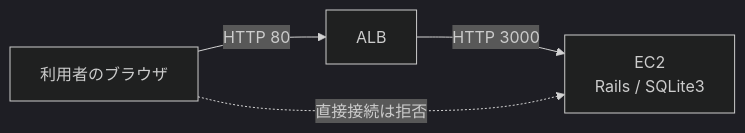
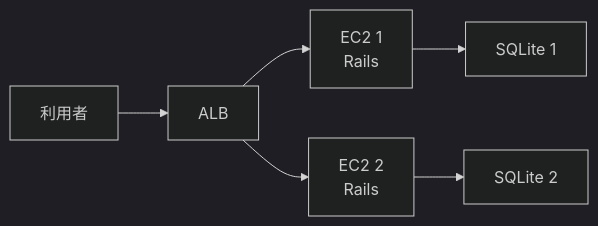
Before and after one commit to TORIFUKUKaiou/rails-dojo-year2-content: the first of 8 diagrams in 12/orientation.md, drawn with Mermaid (dark theme). The commit also changed other lines of this file, not shown here.

````diff
--- a/12/orientation.md
+++ b/12/orientation.md
@@ -25,6 +27,8 @@
 ```mermaid
 flowchart LR
-  U["利用者のブラウザ"] -->|"HTTP 80"| ALB["ALB"]
-  ALB -->|"HTTP 3000"| EC2["EC2<br>Rails / SQLite3"]
-  U -.->|"直接接続は拒否"| EC2
+  U["利用者"] --> ALB["ALB"]
+  ALB --> EC21["EC2 1<br>Rails"]
+  ALB --> EC22["EC2 2<br>Rails"]
+  EC21 --> DB1["SQLite 1"]
+  EC22 --> DB2["SQLite 2"]
 ```
````
